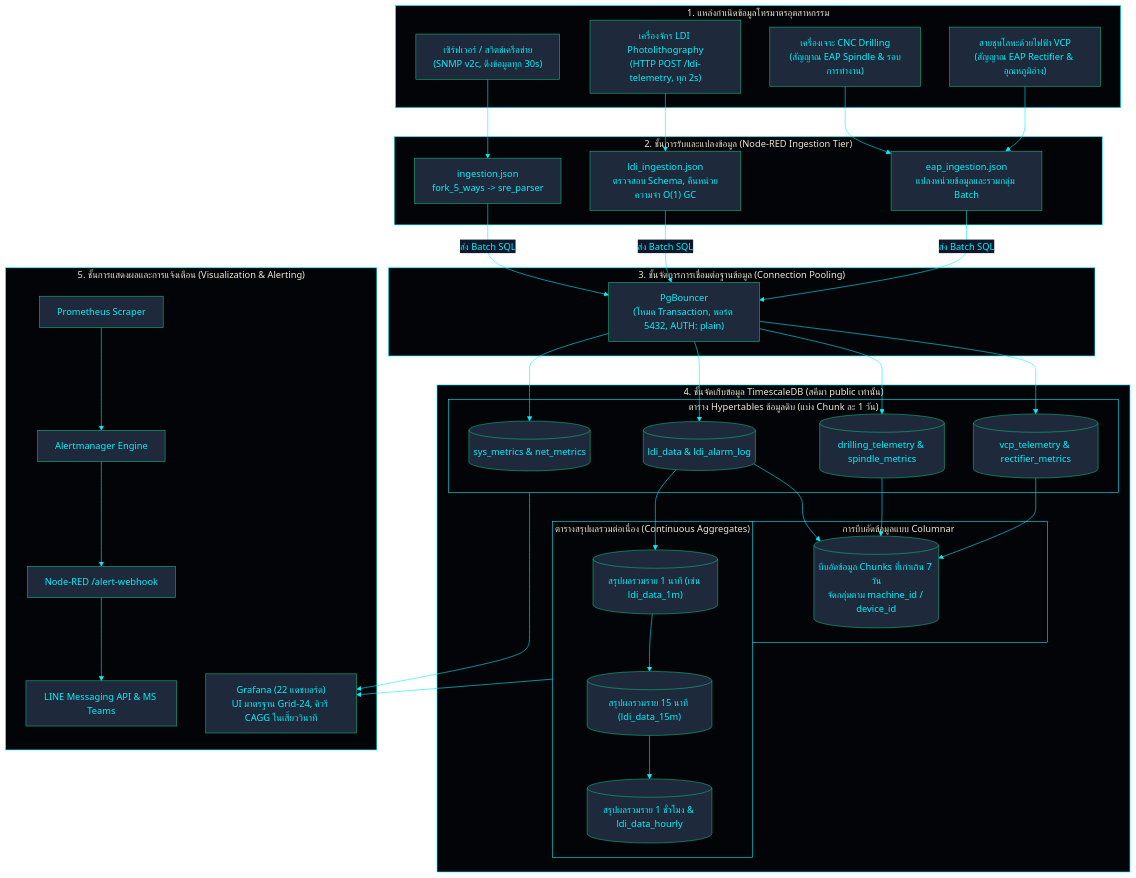
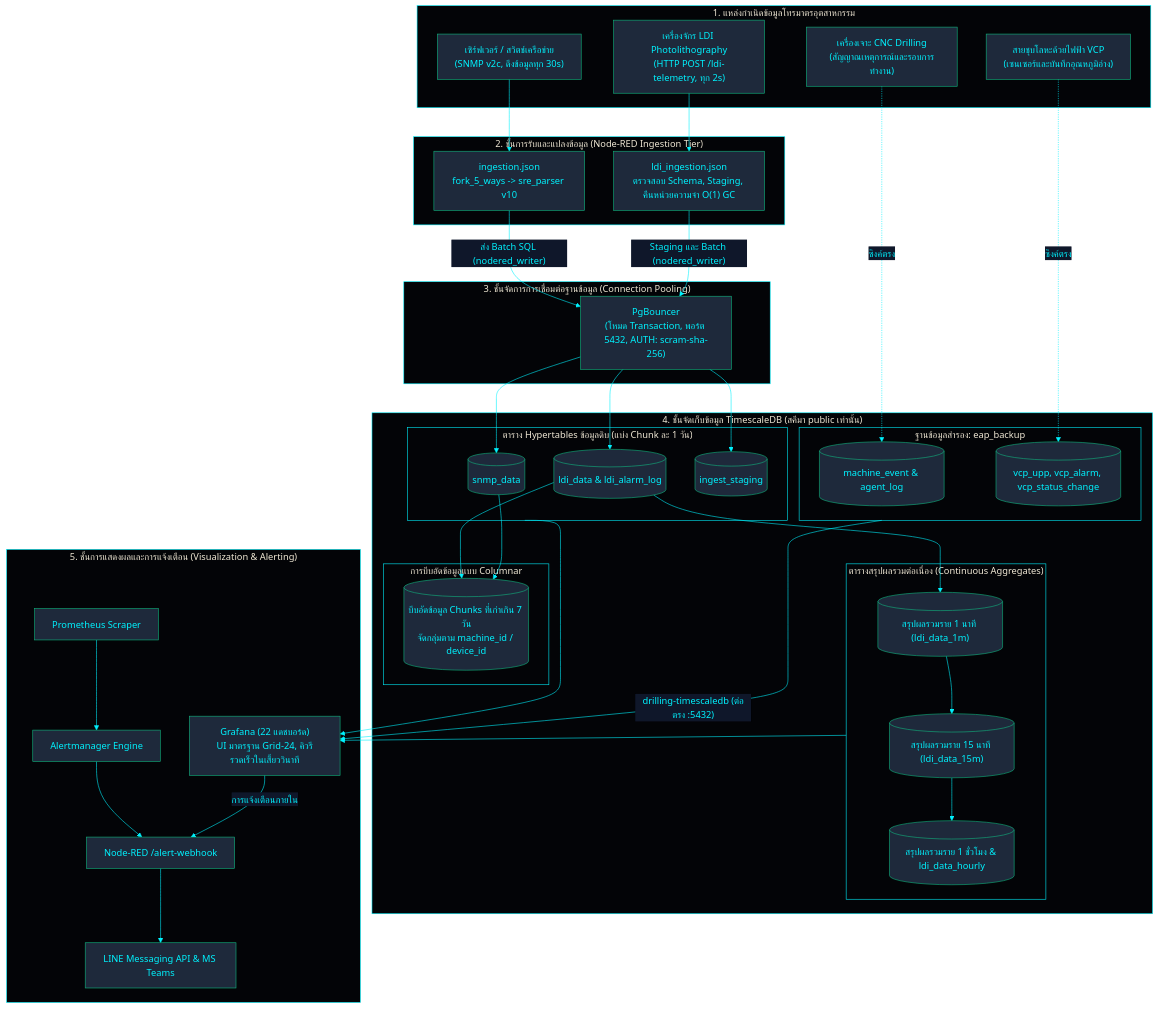
One commit to PATTANAKORN025/IMS changed the first of 3 diagrams in th/docs/architecture/DATA_FLOW.md. Above: the diagram before and after it, drawn with Mermaid. The commit also changed 36 other files, not shown here.

First line of the commit message:
fix(docs): reconcile 115 mermaid diagrams with architecture across 3 languages

````diff
--- a/th/docs/architecture/DATA_FLOW.md
+++ b/th/docs/architecture/DATA_FLOW.md
@@ -28,78 +28,69 @@
 ```mermaid
 %%{init: {'theme': 'base', 'themeVariables': { 'primaryColor': '#1e293b', 'primaryTextColor': '#00F2FE', 'primaryBorderColor': '#10B981', 'lineColor': '#00F2FE', 'secondaryColor': '#0f172a', 'tertiaryColor': '#0f172a', 'clusterBkg': '#030407', 'clusterBorder': '#00F2FE'}}}%%
 flowchart TB
   subgraph SOURCES["1. แหล่งกำเนิดข้อมูลโทรมาตรอุตสาหกรรม"]
-    SNMP_DEV["เซิร์ฟเวอร์ / สวิตช์เครือข่าย
-(SNMP v2c, ดึงข้อมูลทุก 30s)"]
-    LDI_DEV["เครื่องจักร LDI Photolithography
-(HTTP POST /ldi-telemetry, ทุก 2s)"]
-    DRL_DEV["เครื่องเจาะ CNC Drilling
-(สัญญาณ EAP Spindle & รอบการทำงาน)"]
-    VCP_DEV["สายชุบโลหะด้วยไฟฟ้า VCP
-(สัญญาณ EAP Rectifier & อุณหภูมิอ่าง)"]
+    SNMP_DEV["เซิร์ฟเวอร์ / สวิตช์เครือข่าย\n(SNMP v2c, ดึงข้อมูลทุก 30s)"]
+    LDI_DEV["เครื่องจักร LDI Photolithography\n(HTTP POST /ldi-telemetry, ทุก 2s)"]
+    DRL_DEV["เครื่องเจาะ CNC Drilling\n(สัญญาณเหตุการณ์และรอบการทำงาน)"]
+    VCP_DEV["สายชุบโลหะด้วยไฟฟ้า VCP\n(เซนเซอร์และบันทึกอุณหภูมิอ่าง)"]
   end
 
   subgraph INGESTION["2. ชั้นการรับและแปลงข้อมูล (Node-RED Ingestion Tier)"]
-    NR_INFRA["ingestion.json
-fork_5_ways -> sre_parser"]
-    NR_LDI["ldi_ingestion.json
-ตรวจสอบ Schema, คืนหน่วยความจำ O(1) GC"]
-    NR_EAP["eap_ingestion.json
-แปลงหน่วยข้อมูลและรวมกลุ่ม Batch"]
+    NR_INFRA["ingestion.json\nfork_5_ways -> sre_parser v10"]
+    NR_LDI["ldi_ingestion.json\nตรวจสอบ Schema, Staging, คืนหน่วยความจำ O(1) GC"]
   end
 
   subgraph POOL["3. ชั้นจัดการการเชื่อมต่อฐานข้อมูล (Connection Pooling)"]
-    PGB["PgBouncer
-(โหมด Transaction, พอร์ต 5432, AUTH: plain)"]
+    PGB["PgBouncer\n(โหมด Transaction, พอร์ต 5432, AUTH: scram-sha-256)"]
   end
 
   subgraph STORAGE["4. ชั้นจัดเก็บข้อมูล TimescaleDB (สคีมา public เท่านั้น)"]
     subgraph HYPER["ตาราง Hypertables ข้อมูลดิบ (แบ่ง Chunk ละ 1 วัน)"]
-      HT_SYS[("sys_metrics & net_metrics")]
+      HT_SYS[("snmp_data")]
       HT_LDI[("ldi_data & ldi_alarm_log")]
-      HT_DRL[("drilling_telemetry & spindle_metrics")]
-      HT_VCP[("vcp_telemetry & rectifier_metrics")]
+      HT_STG[("ingest_staging")]
+    end
+    subgraph EAP_DB["ฐานข้อมูลสำรอง: eap_backup"]
+      EAP_DRL[("machine_event & agent_log")]
+      EAP_VCP[("vcp_upp, vcp_alarm, vcp_status_change")]
     end
     subgraph CAGGS["ตารางสรุปผลรวมต่อเนื่อง (Continuous Aggregates)"]
-      CAGG_1M[("สรุปผลรวมราย 1 นาที (เช่น ldi_data_1m)")]
+      CAGG_1M[("สรุปผลรวมราย 1 นาที (ldi_data_1m)")]
       CAGG_15M[("สรุปผลรวมราย 15 นาที (ldi_data_15m)")]
       CAGG_1H[("สรุปผลรวมราย 1 ชั่วโมง & ldi_data_hourly")]
     end
     subgraph COMPRESS["การบีบอัดข้อมูลแบบ Columnar"]
-      COL[("บีบอัดข้อมูล Chunks ที่เก่าเกิน 7 วัน
-จัดกลุ่มตาม machine_id / device_id")]
+      COL[("บีบอัดข้อมูล Chunks ที่เก่าเกิน 7 วัน\nจัดกลุ่มตาม machine_id / device_id")]
     end
   end
 
   subgraph DISPATCH["5. ชั้นการแสดงผลและการแจ้งเตือน (Visualization & Alerting)"]
-    GRAF["Grafana (22 แดชบอร์ด)
-UI มาตรฐาน Grid-24, คิวรี CAGG ในเสี้ยววินาที"]
+    GRAF["Grafana (22 แดชบอร์ด)\nUI มาตรฐาน Grid-24, คิวรีรวดเร็วในเสี้ยววินาที"]
     PROM["Prometheus Scraper"]
     AM["Alertmanager Engine"]
     WH["Node-RED /alert-webhook"]
     NOTIF["LINE Messaging API & MS Teams"]
   end
 
   SNMP_DEV --> NR_INFRA
   LDI_DEV --> NR_LDI
-  DRL_DEV --> NR_EAP
-  VCP_DEV --> NR_EAP
+  DRL_DEV -.->|"ซิงค์ตรง"| EAP_DRL
+  VCP_DEV -.->|"ซิงค์ตรง"| EAP_VCP
 
-  NR_INFRA -->|ส่ง Batch SQL| PGB
-  NR_LDI -->|ส่ง Batch SQL| PGB
-  NR_EAP -->|ส่ง Batch SQL| PGB
+  NR_INFRA -->|"ส่ง Batch SQL (nodered_writer)"| PGB
+  NR_LDI -->|"Staging และ Batch (nodered_writer)"| PGB
 
   PGB --> HT_SYS
   PGB --> HT_LDI
-  PGB --> HT_DRL
-  PGB --> HT_VCP
+  PGB --> HT_STG
 
   HT_LDI --> CAGG_1M --> CAGG_15M --> CAGG_1H
   HT_LDI --> COL
-  HT_DRL --> COL
-  HT_VCP --> COL
+  HT_SYS --> COL
 
   CAGGS --> GRAF
   HYPER --> GRAF
+  EAP_DB -->|"drilling-timescaledb (ต่อตรง :5432)"| GRAF
   PROM --> AM --> WH --> NOTIF
+  GRAF -->|"การแจ้งเตือนภายใน"| WH
 ```
````
